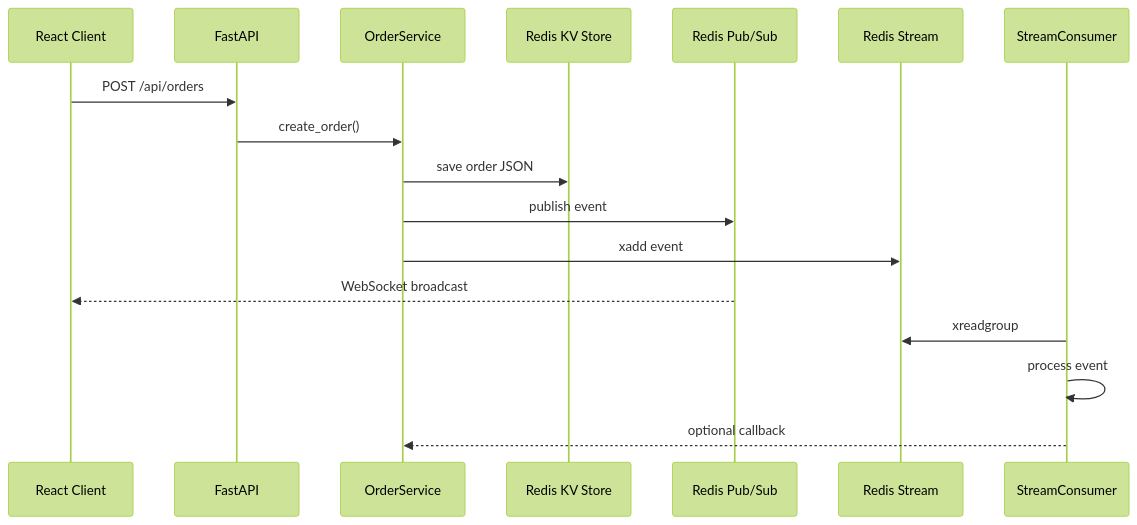
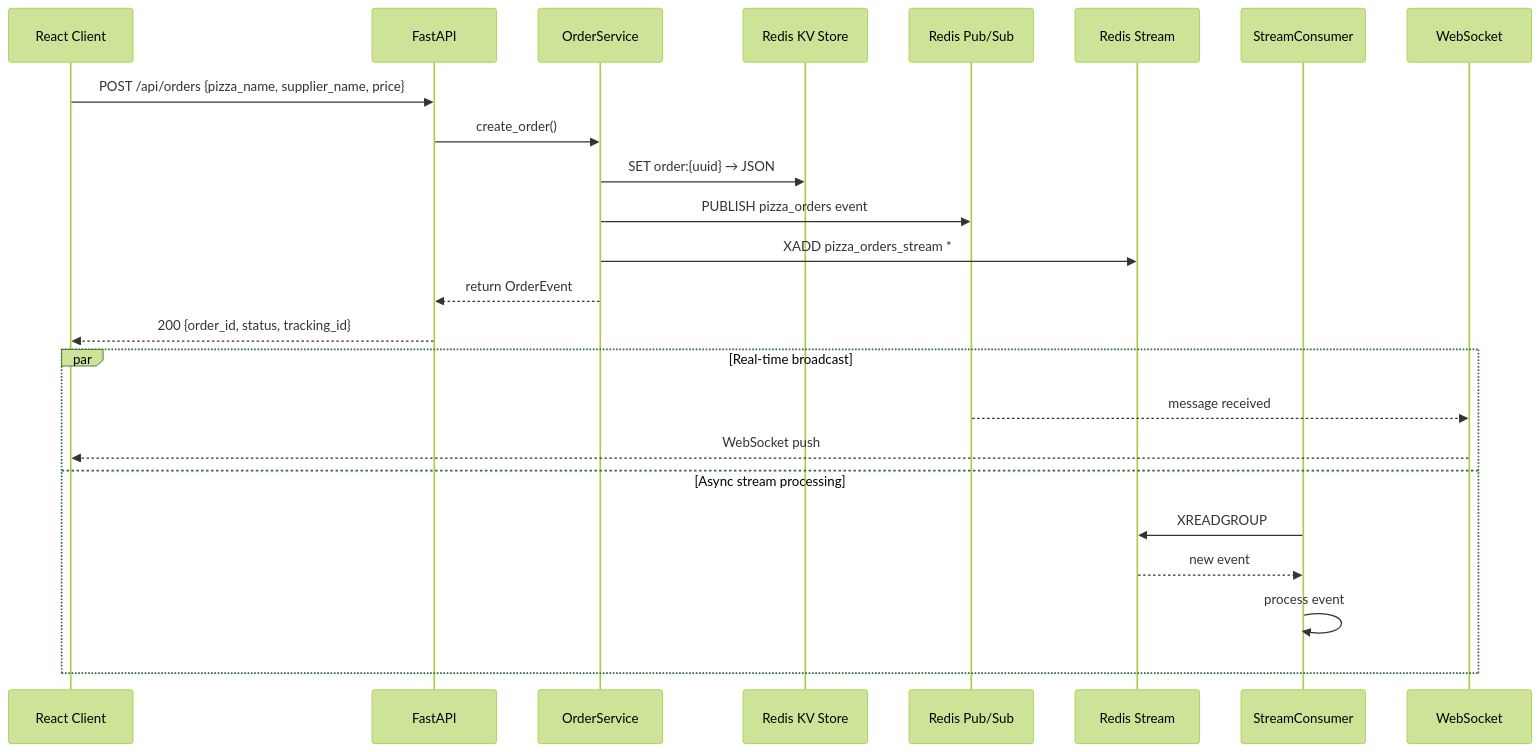
The second of 3 diagrams in README.md (tukue/event-driven-platform), drawn with Mermaid (forest theme) before and after one commit. The commit also changed other lines of this file and 3 other files, not shown here.

Commit message:
Update README with business problem, architecture design, and tradeoffs; make CORS configurable via env

````diff
--- a/README.md
+++ b/README.md
@@ -76,20 +106,28 @@
 ```mermaid
 sequenceDiagram
     participant Client as React Client
     participant API as FastAPI
     participant OS as OrderService
     participant KV as Redis KV Store
     participant PS as Redis Pub/Sub
     participant ST as Redis Stream
     participant SC as StreamConsumer
+    participant WS as WebSocket
 
-    Client->>API: POST /api/orders
+    Client->>API: POST /api/orders {pizza_name, supplier_name, price}
     API->>OS: create_order()
-    OS->>KV: save order JSON
-    OS->>PS: publish event
-    OS->>ST: xadd event
-    PS-->>Client: WebSocket broadcast
-    SC->>ST: xreadgroup
-    SC->>SC: process event
-    SC-->>OS: optional callback
+    OS->>KV: SET order:{uuid} → JSON
+    OS->>PS: PUBLISH pizza_orders event
+    OS->>ST: XADD pizza_orders_stream *
+    OS-->>API: return OrderEvent
+    API-->>Client: 200 {order_id, status, tracking_id}
+    
+    par Real-time broadcast
+        PS-->>WS: message received
+        WS-->>Client: WebSocket push
+    and Async stream processing
+        SC->>ST: XREADGROUP
+        ST-->>SC: new event
+        SC->>SC: process event
+    end
 ```
````
